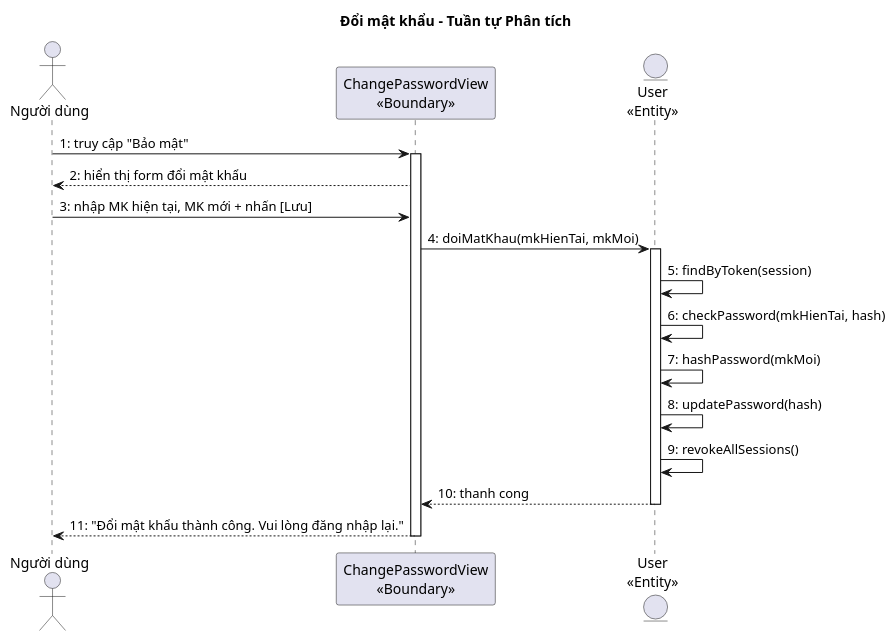
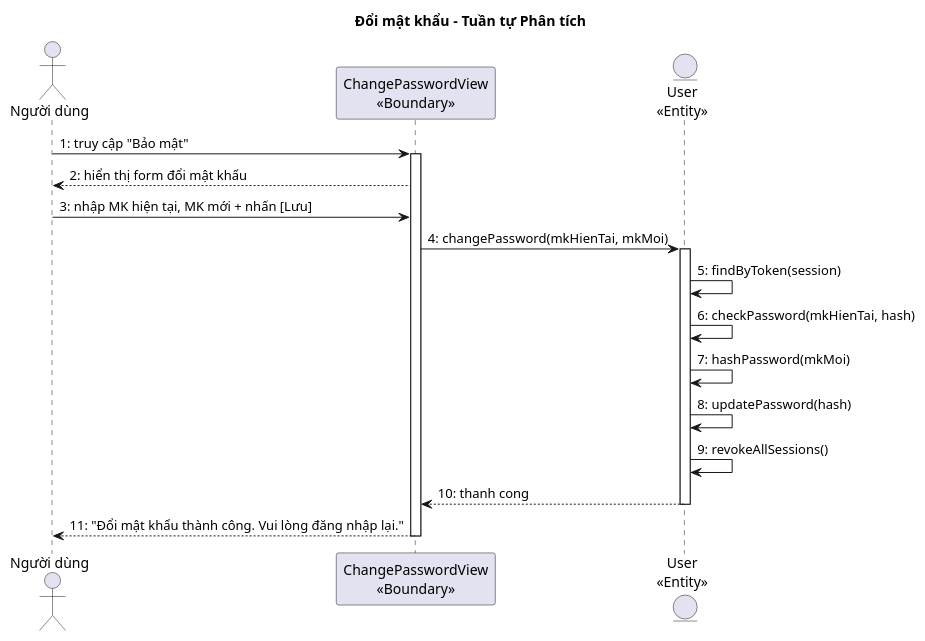
One commit to thanhtrnnn/cnpm changed the third of 5 diagrams in docs/tabs/section-account-ii.md. Above: the diagram before and after it, drawn with PlantUML. The commit also changed other lines of this file and 7 other files, not shown here.

````diff
--- a/docs/tabs/section-account-ii.md
+++ b/docs/tabs/section-account-ii.md
@@ -344,25 +344,25 @@
 ```plantuml
 @startuml
 title Đổi mật khẩu – Tuần tự Phân tích
 
 actor "Người dùng" as ND
 participant "ChangePasswordView\n<<Boundary>>" as B1
 entity "User\n<<Entity>>" as E1
 
 ND -> B1 : 1: truy cập "Bảo mật"
 activate B1
 B1 --> ND : 2: hiển thị form đổi mật khẩu
 ND -> B1 : 3: nhập MK hiện tại, MK mới + nhấn [Lưu]
-B1 -> E1 : 4: doiMatKhau(mkHienTai, mkMoi)
+B1 -> E1 : 4: changePassword(mkHienTai, mkMoi)
 activate E1
 E1 -> E1 : 5: findByToken(session)
 E1 -> E1 : 6: checkPassword(mkHienTai, hash)
 E1 -> E1 : 7: hashPassword(mkMoi)
 E1 -> E1 : 8: updatePassword(hash)
 E1 -> E1 : 9: revokeAllSessions()
 E1 --> B1 : 10: thanh cong
 deactivate E1
 B1 --> ND : 11: "Đổi mật khẩu thành công. Vui lòng đăng nhập lại."
 deactivate B1
 @enduml
 ```
````
